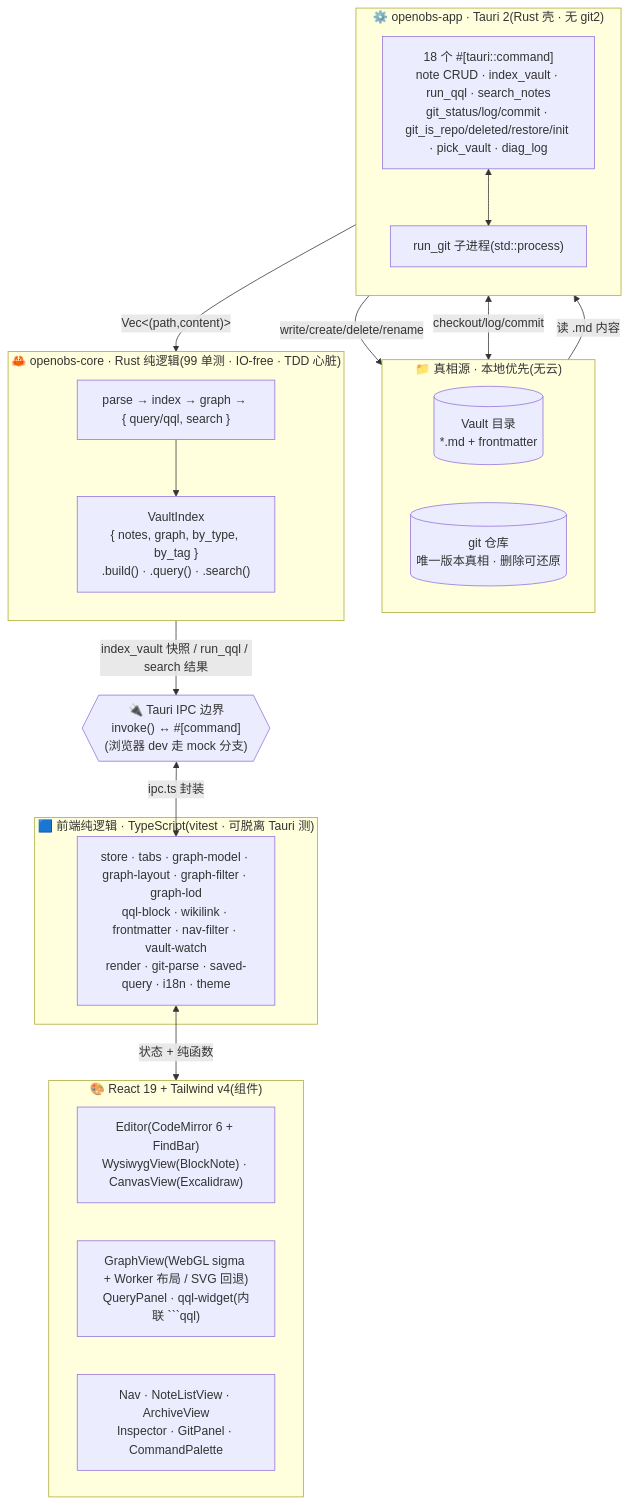
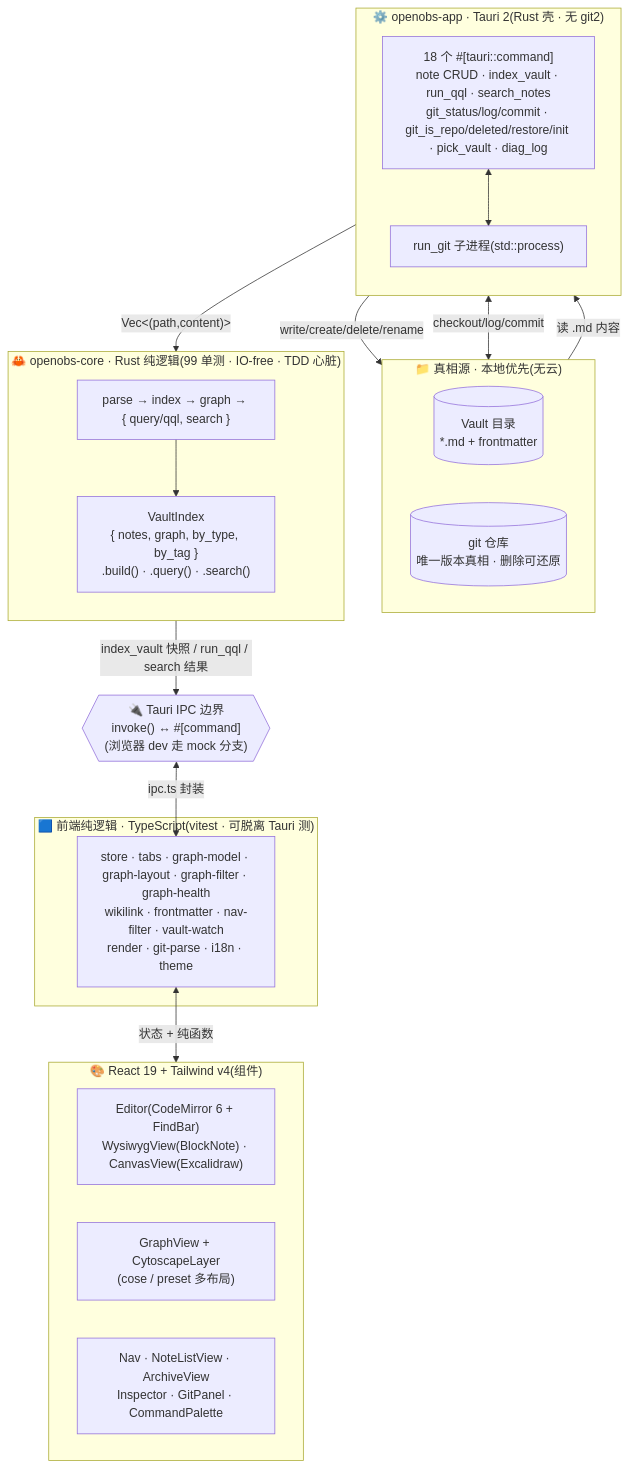
One commit to rhythm1995/open-llm-wiki changed the first of 3 diagrams in docs/07-llm-wiki-architecture.md. Above: the diagram before and after it, drawn with Mermaid. The commit also changed other lines of this file and 17 other files, not shown here.

First line of the commit message:
文档:同步图谱 Cytoscape 转向、保真门禁、media/日志 + 文档重组

````diff
--- a/docs/07-llm-wiki-architecture.md
+++ b/docs/07-llm-wiki-architecture.md
@@ -25,44 +25,44 @@
 ```mermaid
 flowchart TD
   subgraph SRC["📁 真相源 · 本地优先(无云)"]
     direction LR
     V[("Vault 目录<br/>*.md + frontmatter")]
     G[("git 仓库<br/>唯一版本真相 · 删除可还原")]
   end
 
   subgraph CORE["🦀 openobs-core · Rust 纯逻辑(99 单测 · IO-free · TDD 心脏)"]
     direction TB
     PIPE["parse → index → graph → { query/qql, search }"]
     VI["VaultIndex<br/>{ notes, graph, by_type, by_tag }<br/>.build() · .query() · .search()"]
     PIPE --> VI
   end
 
   subgraph APP["⚙️ openobs-app · Tauri 2(Rust 壳 · 无 git2)"]
     direction TB
     CMD["18 个 #[tauri::command]<br/>note CRUD · index_vault · run_qql · search_notes<br/>git_status/log/commit · git_is_repo/deleted/restore/init · pick_vault · diag_log"]
     GIT["run_git 子进程(std::process)"]
     CMD <--> GIT
   end
 
   IPC{{"🔌 Tauri IPC 边界<br/>invoke() ↔ #[command]<br/>(浏览器 dev 走 mock 分支)"}}
 
   subgraph TS["🟦 前端纯逻辑 · TypeScript(vitest · 可脱离 Tauri 测)"]
-    LIB["store · tabs · graph-model · graph-layout · graph-filter · graph-lod<br/>qql-block · wikilink · frontmatter · nav-filter · vault-watch<br/>render · git-parse · saved-query · i18n · theme"]
+    LIB["store · tabs · graph-model · graph-layout · graph-filter · graph-health<br/>wikilink · frontmatter · nav-filter · vault-watch<br/>render · git-parse · i18n · theme"]
   end
 
   subgraph REACT["🎨 React 19 + Tailwind v4(组件)"]
     direction LR
     ED["Editor(CodeMirror 6 + FindBar)<br/>WysiwygView(BlockNote) · CanvasView(Excalidraw)"]
-    GR["GraphView(WebGL sigma + Worker 布局 / SVG 回退)<br/>QueryPanel · qql-widget(内联 ```qql)"]
+    GR["GraphView + CytoscapeLayer<br/>(cose / preset 多布局)"]
     NAV["Nav · NoteListView · ArchiveView<br/>Inspector · GitPanel · CommandPalette"]
   end
 
   %% 主数据流
   V -->|"读 .md 内容"| CMD
   CMD -->|"Vec<(path,content)>"| PIPE
   VI -->|"index_vault 快照 / run_qql / search 结果"| IPC
   CMD -->|"write/create/delete/rename"| V
   GIT <-->|"checkout/log/commit"| G
   IPC <-->|"ipc.ts 封装"| LIB
   LIB <-->|"状态 + 纯函数"| REACT
 ```
````
